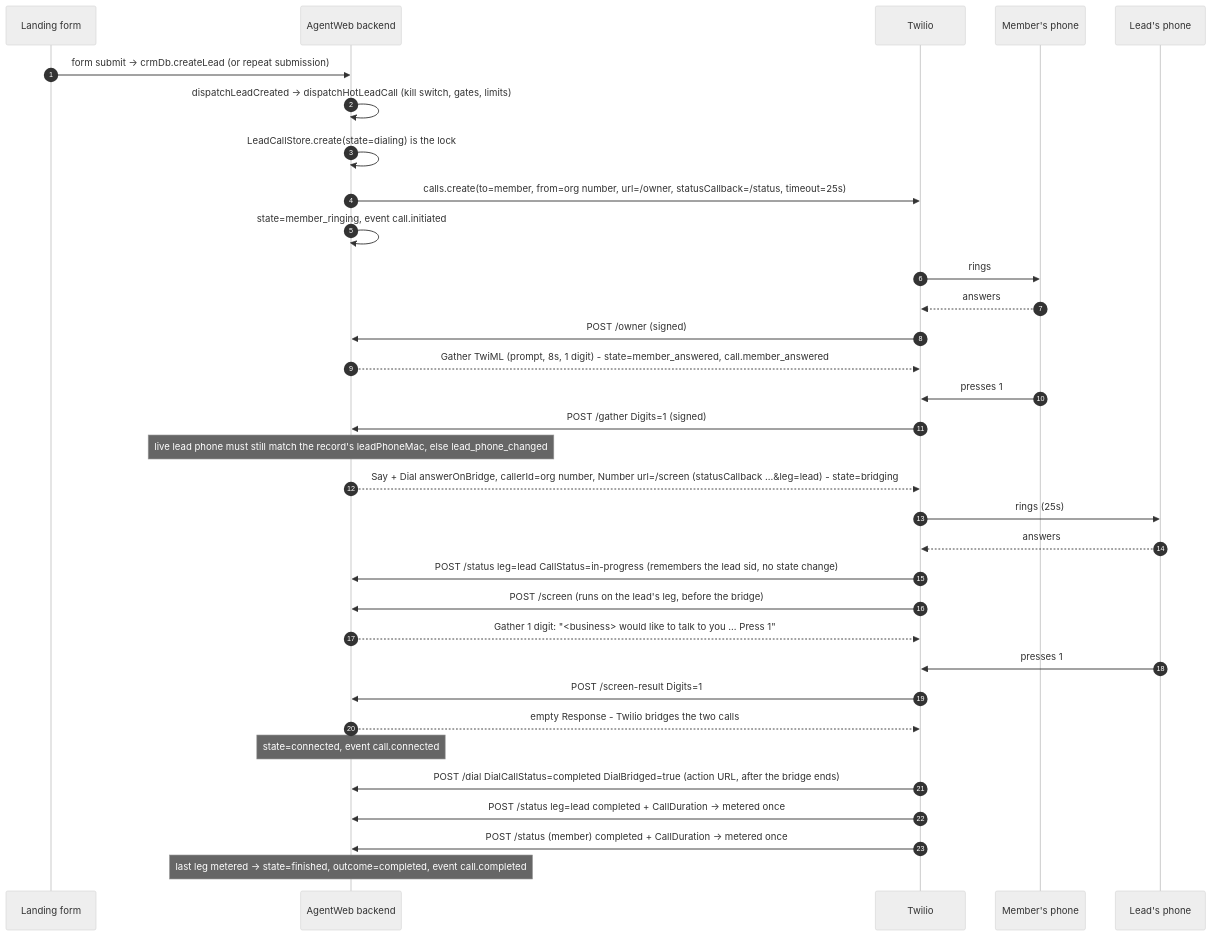
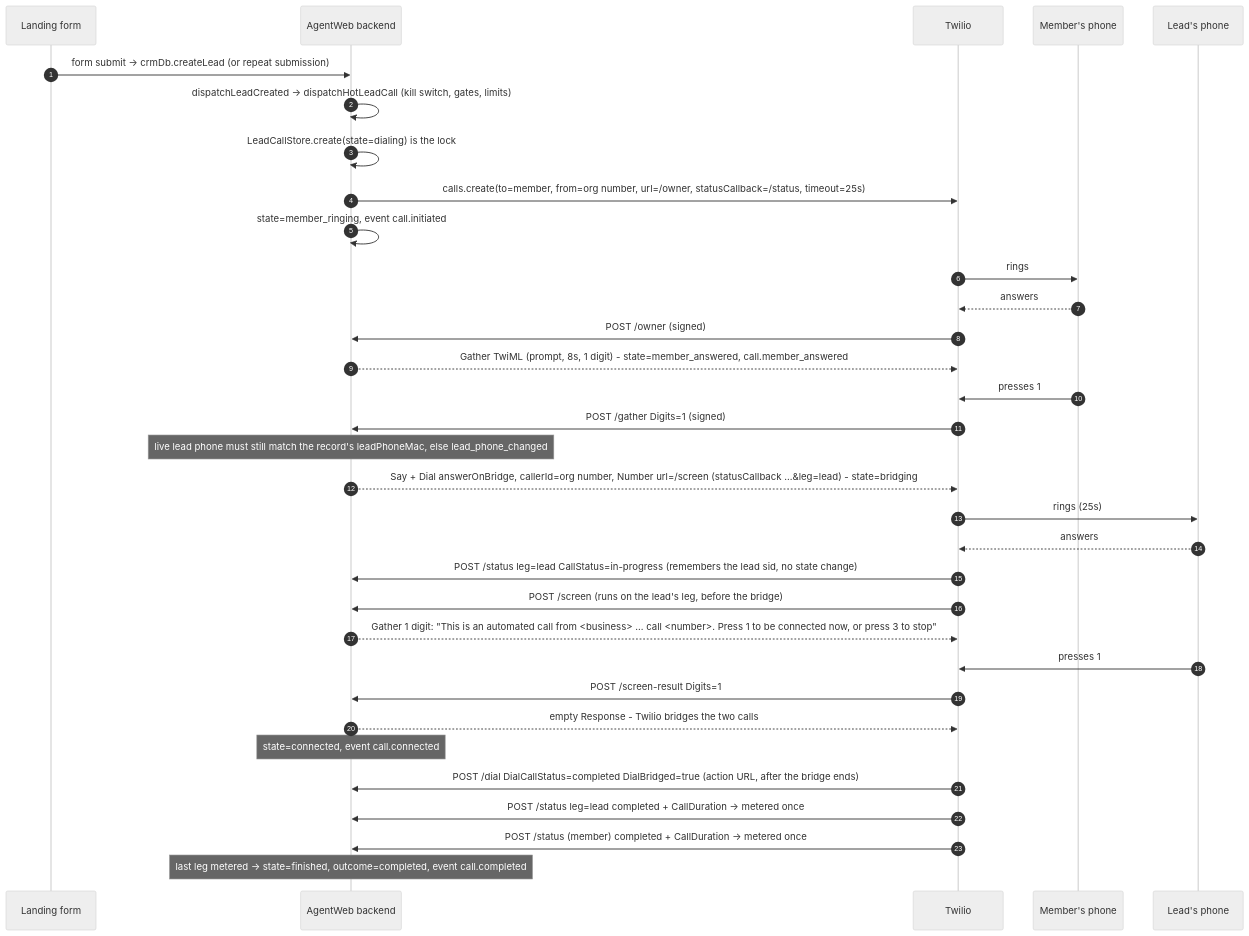
One commit to kvnloo/agentweb-backup changed the first of 2 diagrams in backend/docs/integrations/hot-lead-call.md. Above: the diagram before and after it, drawn with Mermaid (neutral theme). The commit also changed other lines of this file and 1 other file, not shown here.

Commit message:
ENG-2783: docs and dev fragment for the lead prompt, press 3 and the do-not-call list

````diff
--- a/backend/docs/integrations/hot-lead-call.md
+++ b/backend/docs/integrations/hot-lead-call.md
@@ -44,36 +46,36 @@
 ```mermaid
 sequenceDiagram
   autonumber
   participant Lead as Landing form
   participant App as AgentWeb backend
   participant Tw as Twilio
   participant Member as Member's phone
   participant LeadPhone as Lead's phone
 
   Lead->>App: form submit -> crmDb.createLead (or repeat submission)
   App->>App: dispatchLeadCreated -> dispatchHotLeadCall (kill switch, gates, limits)
   App->>App: LeadCallStore.create(state=dialing) is the lock
   App->>Tw: calls.create(to=member, from=org number, url=/owner, statusCallback=/status, timeout=25s)
   App->>App: state=member_ringing, event call.initiated
   Tw->>Member: rings
   Member-->>Tw: answers
   Tw->>App: POST /owner (signed)
   App-->>Tw: Gather TwiML (prompt, 8s, 1 digit) - state=member_answered, call.member_answered
   Member->>Tw: presses 1
   Tw->>App: POST /gather Digits=1 (signed)
   Note over App: live lead phone must still match the record's leadPhoneMac, else lead_phone_changed
   App-->>Tw: Say + Dial answerOnBridge, callerId=org number, Number url=/screen (statusCallback ...&leg=lead) - state=bridging
   Tw->>LeadPhone: rings (25s)
   LeadPhone-->>Tw: answers
   Tw->>App: POST /status leg=lead CallStatus=in-progress (remembers the lead sid, no state change)
   Tw->>App: POST /screen (runs on the lead's leg, before the bridge)
-  App-->>Tw: Gather 1 digit: "<business> would like to talk to you ... Press 1"
+  App-->>Tw: Gather 1 digit: "This is an automated call from <business> ... call <number>. Press 1 to be connected now, or press 3 to stop"
   LeadPhone->>Tw: presses 1
   Tw->>App: POST /screen-result Digits=1
   App-->>Tw: empty Response - Twilio bridges the two calls
   Note over App: state=connected, event call.connected
   Tw->>App: POST /dial DialCallStatus=completed DialBridged=true (action URL, after the bridge ends)
   Tw->>App: POST /status leg=lead completed + CallDuration  -> metered once
   Tw->>App: POST /status (member) completed + CallDuration   -> metered once
   Note over App: last leg metered -> state=finished, outcome=completed, event call.completed
 ```
````
